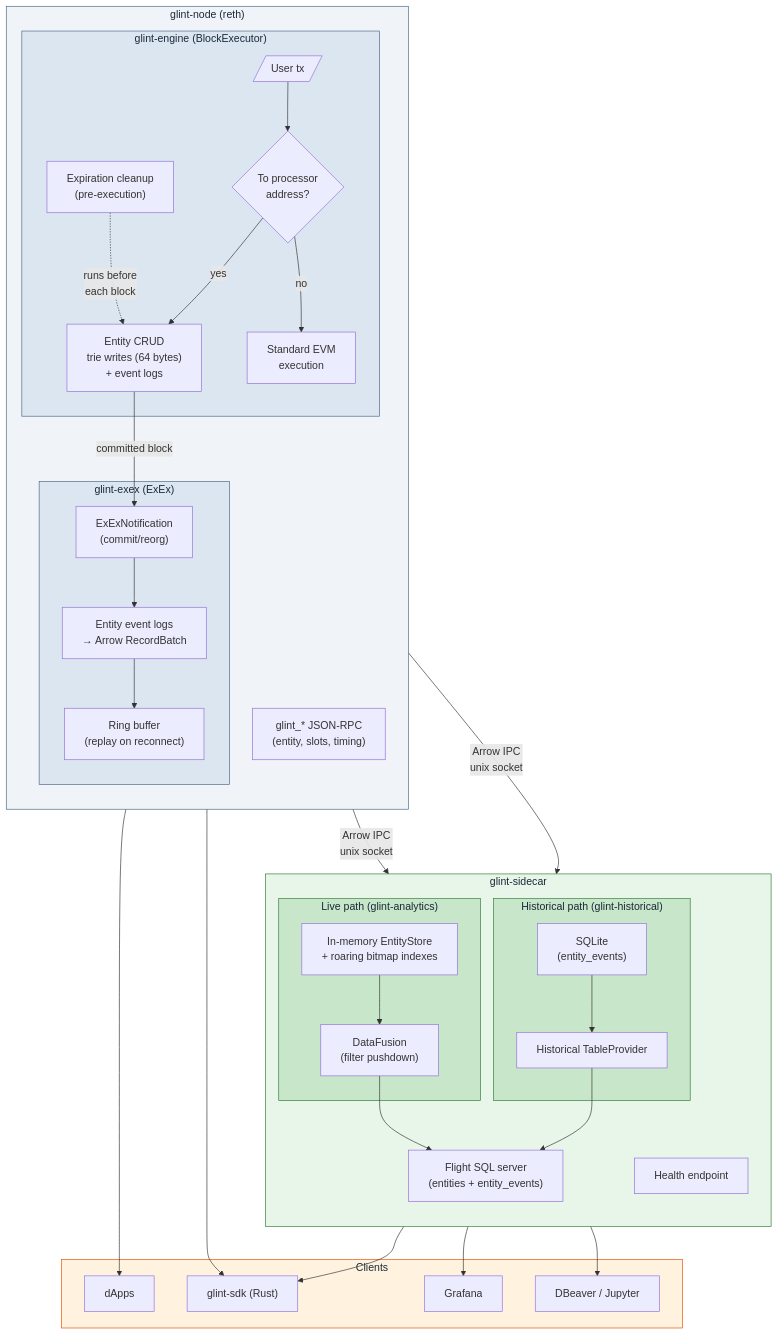
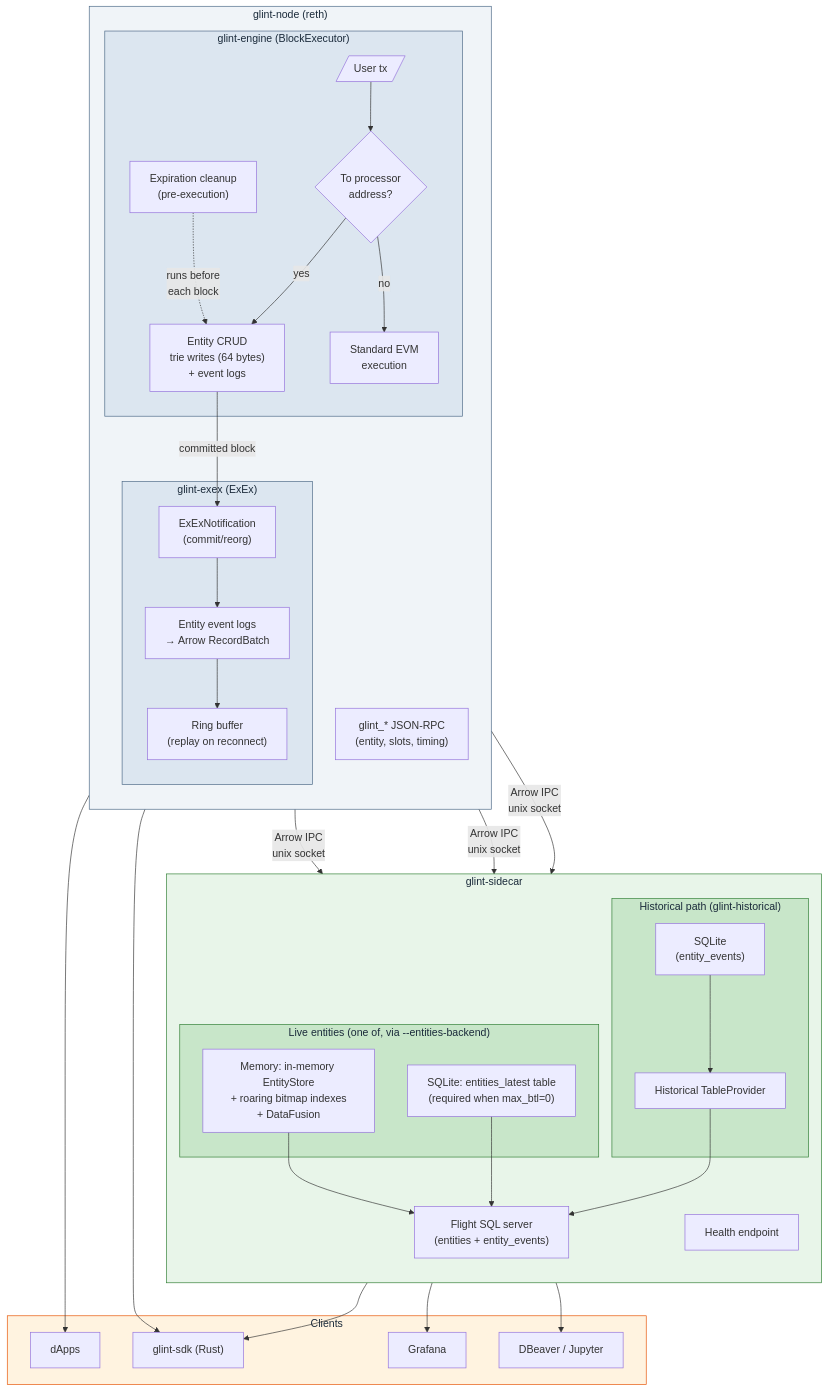
Before and after one commit to vaporif/mote: the diagram in README.md, drawn with Mermaid. The commit also changed other lines of this file and 14 other files, not shown here.

````diff
--- a/README.md
+++ b/README.md
@@ -107,77 +144,78 @@
 ```mermaid
 graph TB
     subgraph node["glint-node (reth)"]
         direction TB
 
         subgraph engine["glint-engine (BlockExecutor)"]
             tx_in[/"User tx"/]
             check{To processor<br/>address?}
             crud["Entity CRUD<br/>trie writes (64 bytes)<br/>+ event logs"]
             evm["Standard EVM<br/>execution"]
             expire["Expiration cleanup<br/>(pre-execution)"]
 
             tx_in --> check
             check -->|yes| crud
             check -->|no| evm
             expire -.->|runs before<br/>each block| crud
         end
 
         subgraph exex["glint-exex (ExEx)"]
             notify["ExExNotification<br/>(commit/reorg)"]
             arrow["Entity event logs<br/>→ Arrow RecordBatch"]
             ring["Ring buffer<br/>(replay on reconnect)"]
             notify --> arrow
             arrow --> ring
         end
 
         rpc_node["glint_* JSON-RPC<br/>(entity, slots, timing)"]
 
         crud -->|committed block| notify
     end
 
     subgraph sidecar["glint-sidecar"]
         direction TB
 
-        subgraph live["Live path (glint-analytics)"]
-            store["In-memory EntityStore<br/>+ roaring bitmap indexes"]
-            df["DataFusion<br/>(filter pushdown)"]
-            store --> df
+        subgraph live["Live entities (one of, via --entities-backend)"]
+            mem_store["Memory: in-memory EntityStore<br/>+ roaring bitmap indexes<br/>+ DataFusion"]
+            sql_store["SQLite: entities_latest table<br/>(required when max_btl=0)"]
         end
 
         subgraph hist["Historical path (glint-historical)"]
             sqlite["SQLite<br/>(entity_events)"]
             hist_prov["Historical TableProvider"]
             sqlite --> hist_prov
         end
 
         flight["Flight SQL server<br/>(entities + entity_events)"]
         health["Health endpoint"]
 
-        df --> flight
+        mem_store --> flight
+        sql_store --> flight
         hist_prov --> flight
     end
 
-    ring -->|Arrow IPC<br/>unix socket| store
+    ring -->|Arrow IPC<br/>unix socket| mem_store
+    ring -->|Arrow IPC<br/>unix socket| sql_store
     ring -->|Arrow IPC<br/>unix socket| sqlite
 
     subgraph clients["Clients"]
         sdk["glint-sdk (Rust)"]
         grafana["Grafana"]
         dbeaver["DBeaver / Jupyter"]
         app["dApps"]
     end
 
     flight --> sdk
     flight --> grafana
     flight --> dbeaver
     rpc_node --> app
     rpc_node --> sdk
 
     style node fill:#f0f4f8,stroke:#4a6785,color:#1a2a3a
     style engine fill:#dce6f0,stroke:#4a6785,color:#1a2a3a
     style exex fill:#dce6f0,stroke:#4a6785,color:#1a2a3a
     style sidecar fill:#e8f5e9,stroke:#2e7d32,color:#1a2a3a
     style live fill:#c8e6c9,stroke:#2e7d32,color:#1a2a3a
     style hist fill:#c8e6c9,stroke:#2e7d32,color:#1a2a3a
     style clients fill:#fff3e0,stroke:#e65100,color:#1a2a3a
 ```
````
